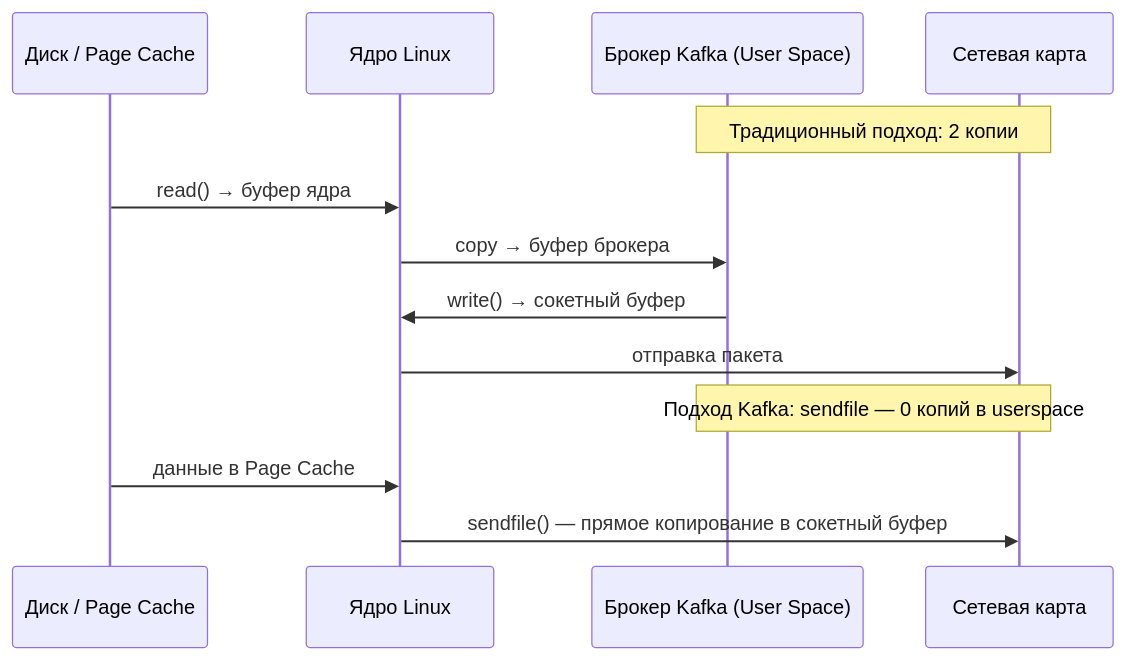
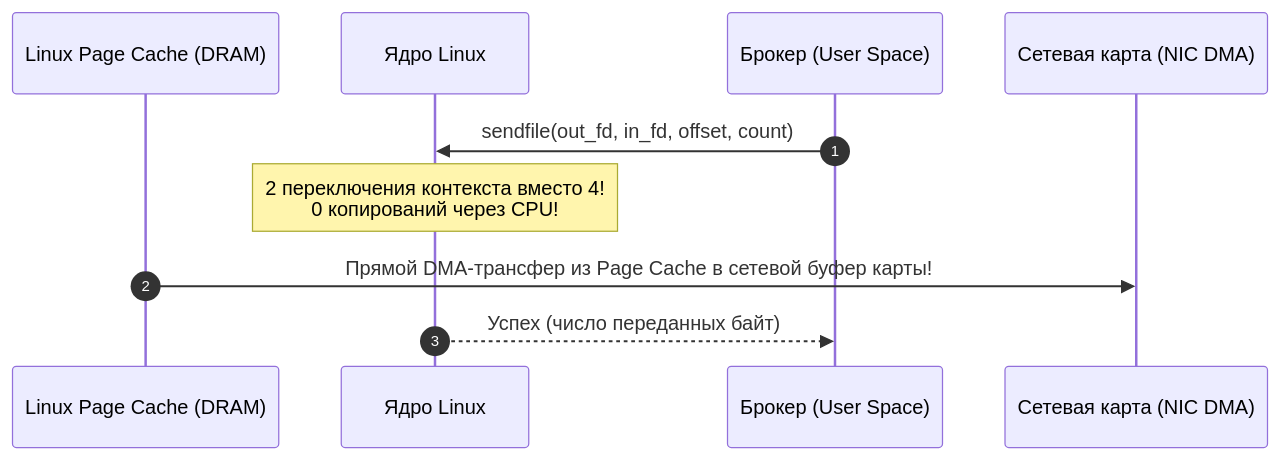
Before and after one commit to UnrealTemplier/go-textbook: the fifth of 5 diagrams in sources/13. Очереди, брокеры сообщений и оркестраторы/03. Kafka/7. Kafka storage под капотом.md, drawn with Mermaid. The commit also changed other lines of this file, not shown here.

Commit message:
feat(module-13): editorial rewrite of lecture 7 in Subsection 3 (Kafka) in Kernighan style

````diff
--- a/sources/13. Очереди, брокеры сообщений и оркестраторы/03. Kafka/7. Kafka storage под капотом.md
+++ b/sources/13. Очереди, брокеры сообщений и оркестраторы/03. Kafka/7. Kafka storage под капотом.md
@@ -110,17 +226,13 @@
 ```mermaid
 sequenceDiagram
-    participant Disk as Диск / Page Cache
+    autonumber
+    participant PageCache as Linux Page Cache (DRAM)
     participant Kernel as Ядро Linux
-    participant Broker as Брокер Kafka (User Space)
-    participant NIC as Сетевая карта
+    participant Broker as Брокер (User Space)
+    participant NIC as Сетевая карта (NIC DMA)
 
-    Note over Broker,NIC: Традиционный подход: 2 копии
-    Disk->>Kernel: read() → буфер ядра
-    Kernel->>Broker: copy → буфер брокера
-    Broker->>Kernel: write() → сокетный буфер
-    Kernel->>NIC: отправка пакета
-
-    Note over Broker,NIC: Подход Kafka: sendfile — 0 копий в userspace
-    Disk->>Kernel: данные в Page Cache
-    Kernel->>NIC: sendfile() — прямое копирование в сокетный буфер
+    Broker->>Kernel: sendfile(out_fd, in_fd, offset, count)
+    Note over Kernel: 2 переключения контекста вместо 4!<br>0 копирований через CPU!
+    PageCache->>NIC: Прямой DMA-трансфер из Page Cache в сетевой буфер карты!
+    Kernel-->>Broker: Успех (число переданных байт)
 ```
````
